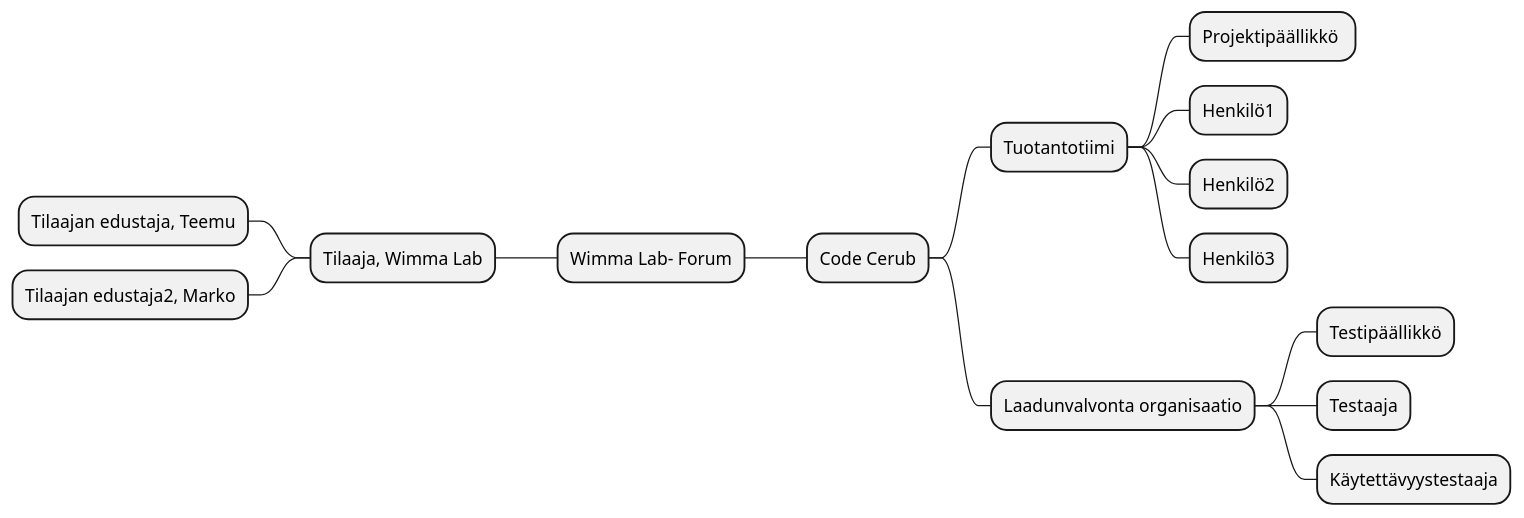
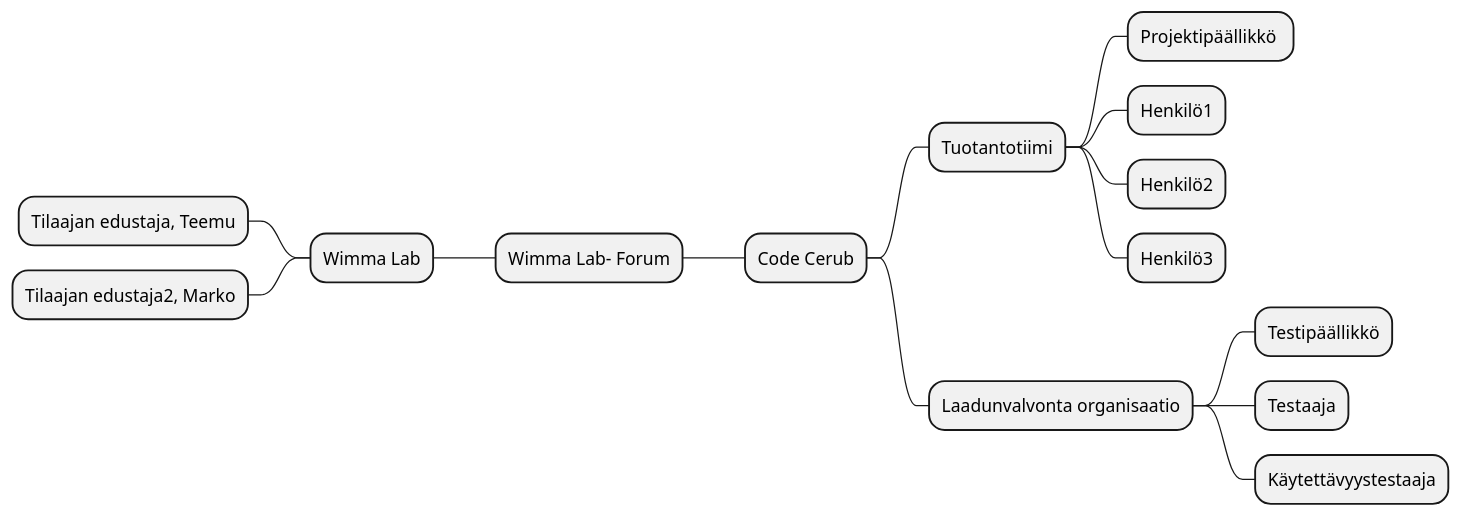
Before and after one commit to ninaleo/S2021-AB5160-core: the third of 4 diagrams in dokumentit/10-Projektihallinta/projektisuunnitelma.md, drawn with PlantUML.

````diff
--- a/dokumentit/10-Projektihallinta/projektisuunnitelma.md
+++ b/dokumentit/10-Projektihallinta/projektisuunnitelma.md
@@ -158,18 +158,18 @@
 ```plantuml
 @startmindmap
 + Wimma Lab- Forum
 ++ Code Cerub
 +++ Tuotantotiimi
 ++++ Projektipäällikkö 
 ++++ Henkilö1
 ++++ Henkilö2
 ++++ Henkilö3
--- Tilaaja, Wimma Lab
+-- Wimma Lab
 --- Tilaajan edustaja, Teemu
 +++ Laadunvalvonta organisaatio
 ++++ Testipäällikkö
 ++++ Testaaja
 ++++ Käytettävyystestaaja
 --- Tilaajan edustaja2, Marko
 @endmindmap
 ```
````
